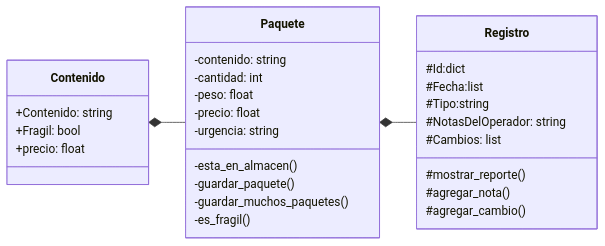
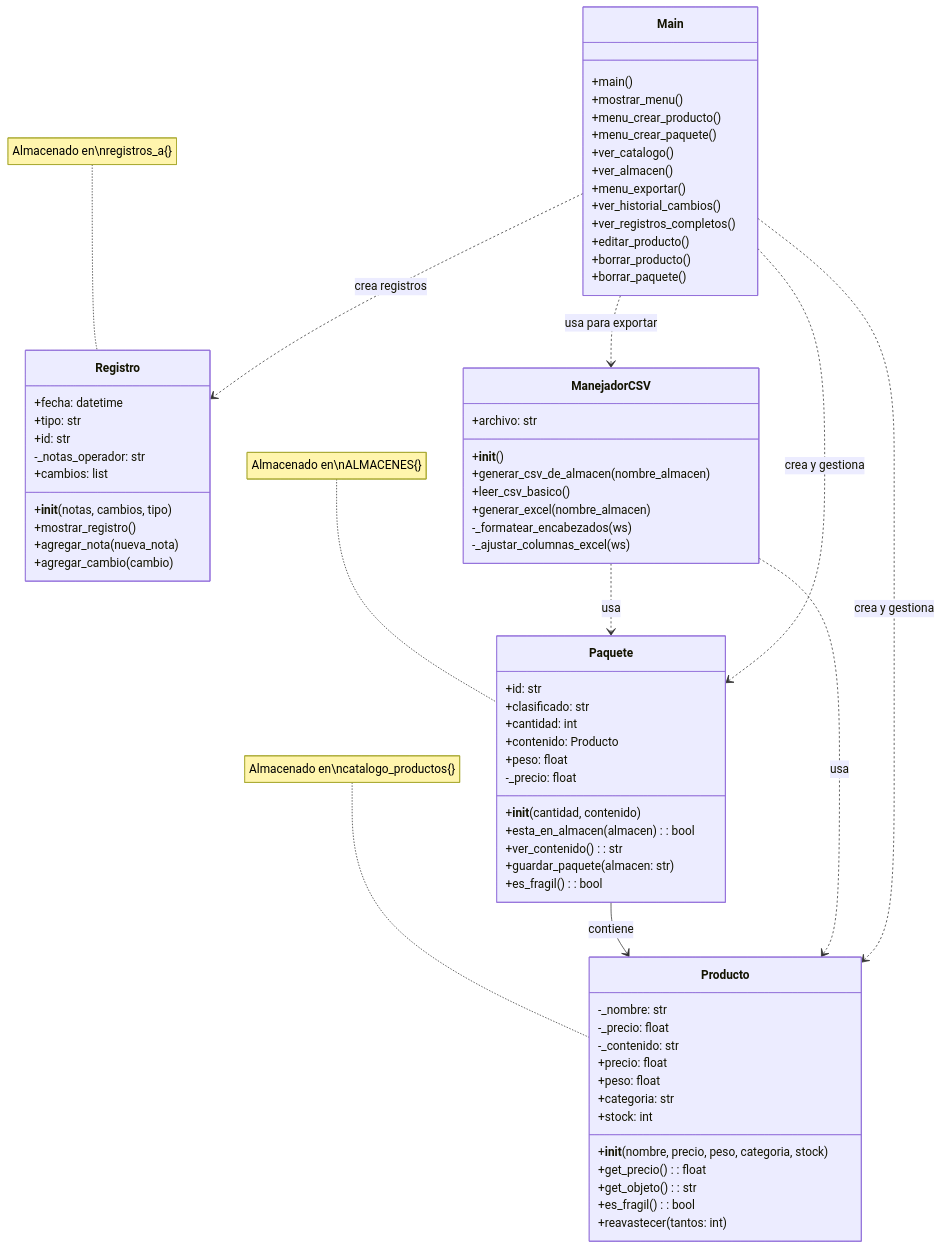
One commit to Johelprada/Proyecto-POO changed the diagram in README.md. Above: the diagram before and after it, drawn with Mermaid.

````diff
--- a/README.md
+++ b/README.md
@@ -29,36 +29,75 @@
 ```mermaid
 classDiagram
-direction LR
+    class Producto {
+        -_nombre: str
+        -_precio: float
+        -_contenido: str
+        +precio: float
+        +peso: float
+        +categoria: str
+        +stock: int
+        +__init__(nombre, precio, peso, categoria, stock)
+        +get_precio(): float
+        +get_objeto(): str
+        +es_fragil(): bool
+        +reavastecer(tantos: int)
+    }
+    class Paquete {
+        +id: str
+        +clasificado: str
+        +cantidad: int
+        +contenido: Producto
+        +peso: float
+        -_precio: float
+        +__init__(cantidad, contenido)
+        +esta_en_almacen(almacen): bool
+        +ver_contenido(): str
+        +guardar_paquete(almacen: str)
+        +es_fragil(): bool
+    }
     class Registro {
-	    #Id:dict
-	    #Fecha:list
-            #Tipo:string
-	    #NotasDelOperador: string
-	    #Cambios: list
-	    #mostrar_reporte()
-            #agregar_nota()
-            #agregar_cambio()
+        +fecha: datetime
+        +tipo: str
+        +id: str
+        -_notas_operador: str
+        +cambios: list
+        +__init__(notas, cambios, tipo)
+        +mostrar_registro()
+        +agregar_nota(nueva_nota)
+        +agregar_cambio(cambio)
     }
-
-    class Contenido {
-	    +Contenido: string
-	    +Fragil: bool
-            +precio: float
+    class ManejadorCSV {
+        +archivo: str
+        +__init__()
+        +generar_csv_de_almacen(nombre_almacen)
+        +leer_csv_basico()
+        +generar_excel(nombre_almacen)
+        -_formatear_encabezados(ws)
+        -_ajustar_columnas_excel(ws)
     }
-
-    class Paquete {
-            -contenido: string
-	    -cantidad: int
-	    -peso: float
-		-precio: float
-		-urgencia: string
-	    -esta_en_almacen()
-	    -guardar_paquete()
-	    -guardar_muchos_paquetes()
-	    -es_fragil()
+    class Main {
+        +main()
+        +mostrar_menu()
+        +menu_crear_producto()
+        +menu_crear_paquete()
+        +ver_catalogo()
+        +ver_almacen()
+        +menu_exportar()
+        +ver_historial_cambios()
+        +ver_registros_completos()
+        +editar_producto()
+        +borrar_producto()
+        +borrar_paquete()
     }
-
-    Contenido *-- Paquete
-    Paquete *-- Registro
+    Paquete --> Producto : contiene
+    ManejadorCSV ..> Paquete : usa
+    ManejadorCSV ..> Producto : usa
+    Main ..> Producto : crea y gestiona
+    Main ..> Paquete : crea y gestiona
+    Main ..> Registro : crea registros
+    Main ..> ManejadorCSV : usa para exportar
+    note for Producto "Almacenado en\ncatalogo_productos{}"
+    note for Paquete "Almacenado en\nALMACENES{}"
+    note for Registro "Almacenado en\nregistros_a{}"
 
 ```
````
